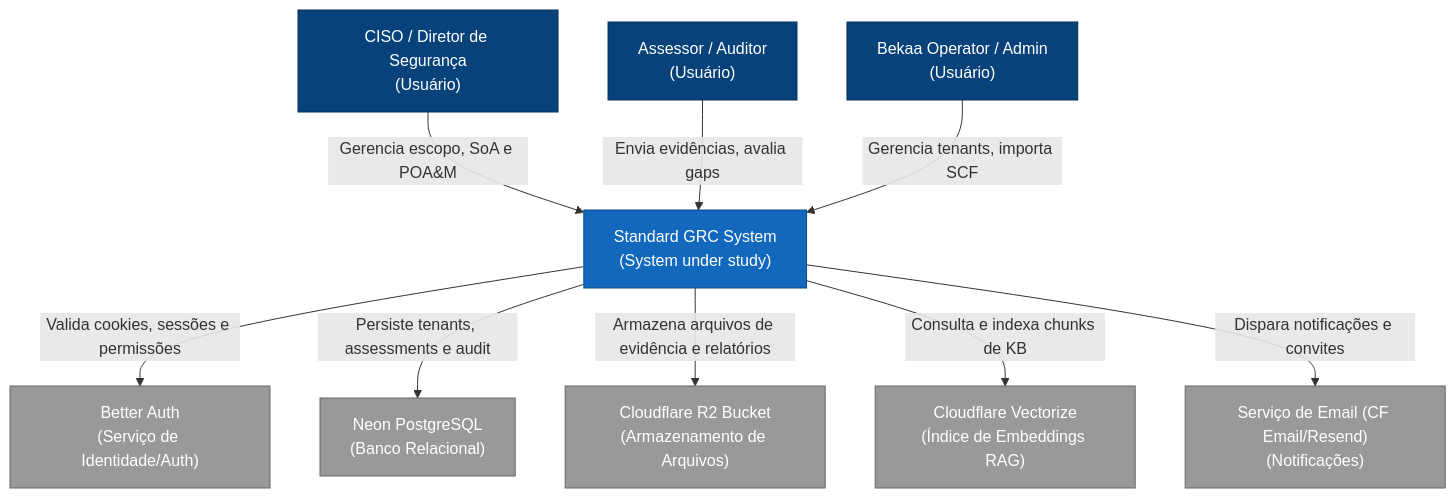
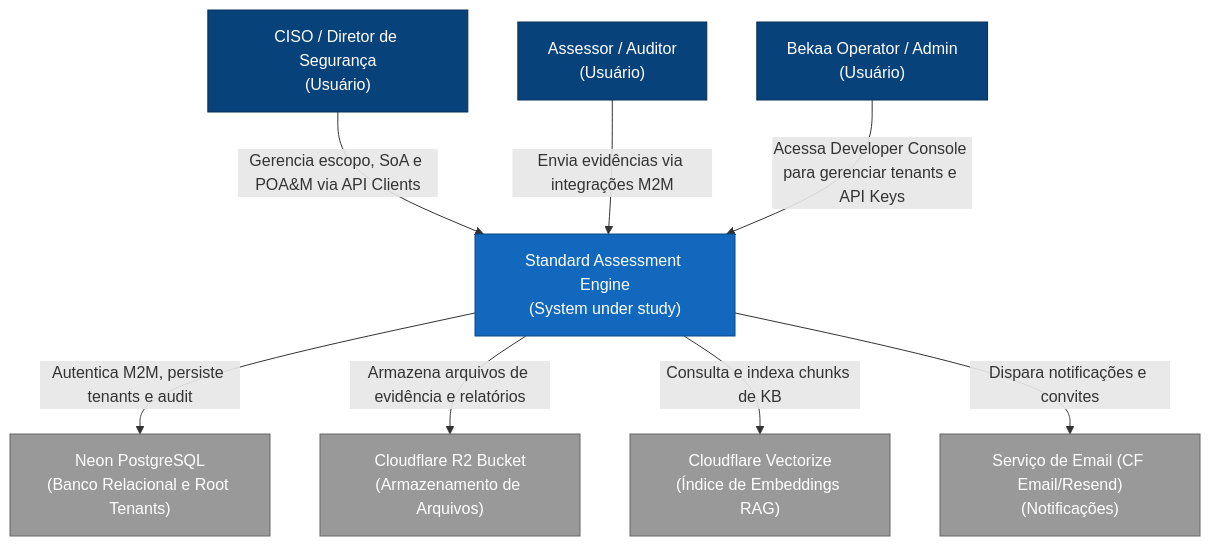
Before and after one commit to resper1965/standard-api: the first of 5 diagrams in docs/architecture/arc42.md, drawn with Mermaid. The commit also changed other lines of this file and 161 other files, not shown here.

````diff
--- a/docs/architecture/arc42.md
+++ b/docs/architecture/arc42.md
@@ -50,37 +53,35 @@
 ```mermaid
 graph TB
     %% Atores
     ciso["CISO / Diretor de Segurança<br>(Usuário)"]
     assessor["Assessor / Auditor<br>(Usuário)"]
     admin["Bekaa Operator / Admin<br>(Usuário)"]
 
     %% Sistema Principal
-    standard["Standard GRC System<br>(System under study)"]
+    standard["Standard Assessment Engine<br>(System under study)"]
 
     %% Sistemas Externos
-    ba["Better Auth<br>(Serviço de Identidade/Auth)"]
-    db["Neon PostgreSQL<br>(Banco Relacional)"]
+    db["Neon PostgreSQL<br>(Banco Relacional e Root Tenants)"]
     r2["Cloudflare R2 Bucket<br>(Armazenamento de Arquivos)"]
     vectorize["Cloudflare Vectorize<br>(Índice de Embeddings RAG)"]
     email["Serviço de Email (CF Email/Resend)<br>(Notificações)"]
 
     %% Relações de Atores para o Sistema
-    ciso -->|"Gerencia escopo, SoA e POA&M"| standard
-    assessor -->|"Envia evidências, avalia gaps"| standard
-    admin -->|"Gerencia tenants, importa SCF"| standard
+    ciso -->|"Gerencia escopo, SoA e POA&M via API Clients"| standard
+    assessor -->|"Envia evidências via integrações M2M"| standard
+    admin -->|"Acessa Developer Console para gerenciar tenants e API Keys"| standard
 
     %% Relações do Sistema para Sistemas Externos
-    standard -->|"Valida cookies, sessões e permissões"| ba
-    standard -->|"Persiste tenants, assessments e audit"| db
+    standard -->|"Autentica M2M, persiste tenants e audit"| db
     standard -->|"Armazena arquivos de evidência e relatórios"| r2
     standard -->|"Consulta e indexa chunks de KB"| vectorize
     standard -->|"Dispara notificações e convites"| email
 
     classDef actor fill:#08427b,stroke:#052e56,color:#fff;
     classDef system fill:#1168bd,stroke:#0b4884,color:#fff;
     classDef external fill:#999999,stroke:#666666,color:#fff;
 
     class ciso,assessor,admin actor;
     class standard system;
-    class ba,db,r2,vectorize,email external;
+    class db,r2,vectorize,email external;
 ```
````
